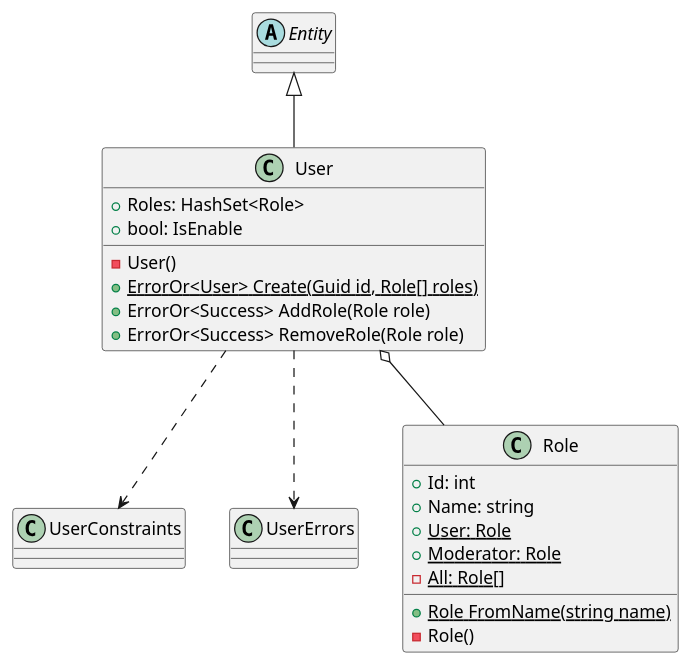
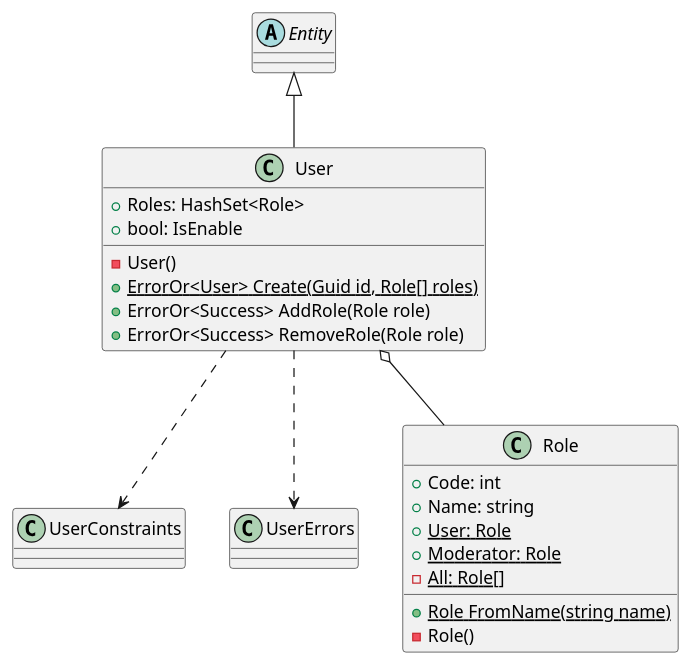
One commit to Nike073i/road-safety changed the diagram in docs/design/classes/users.puml. Above: the diagram before and after it, drawn with PlantUML. The commit also changed 4 other files, not shown here.

```diff
--- a/docs/design/classes/users.puml
+++ b/docs/design/classes/users.puml
@@ -1,35 +1,35 @@
 @startuml users
 
 ' Comment: В модуле не используется работа с доменными событиями. Интеграционные события по необходимости будут опубликованы в Application слое
 
 ' Base
     abstract class Entity
 
 ' Users
     class User extends Entity {
         +Roles: HashSet<Role>
         +bool: IsEnable
         -User()
         +{static}ErrorOr<User> Create(Guid id, Role[] roles)
         +ErrorOr<Success> AddRole(Role role)
         +ErrorOr<Success> RemoveRole(Role role)
     }
 
     static class UserConstraints
     static class UserErrors
 
     class Role {
-        +Id: int
+        +Code: int
         +Name: string
         +{static} User: Role 
         +{static} Moderator: Role 
         -{static} All: Role[] 
         +{static} Role FromName(string name)
         -Role()
     }
 
     User ..> UserConstraints
     User ..> UserErrors
     User o-- Role
 
 @enduml
```
